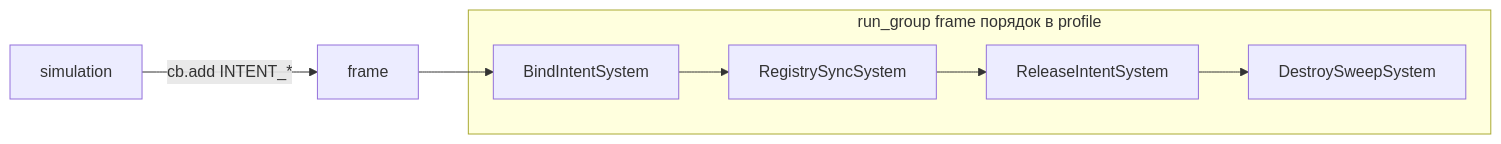
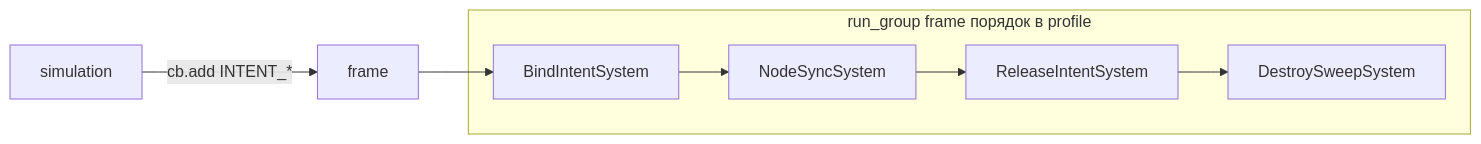
The diagram in addons/pgdecs/ecs/INTENT_PIPELINE.md (Sorrowful-free/sparse_set), drawn with Mermaid before and after one commit. The commit also changed other lines of this file and 49 other files, not shown here.

````diff
--- a/addons/pgdecs/ecs/INTENT_PIPELINE.md
+++ b/addons/pgdecs/ecs/INTENT_PIPELINE.md
@@ -65,11 +97,11 @@
 ```mermaid
 flowchart LR
   Sim[simulation] -->|"cb.add INTENT_*"| Frame[frame]
   subgraph frame [run_group frame порядок в profile]
     Bind[BindIntentSystem]
-    Sync[RegistrySyncSystem]
+    Sync[NodeSyncSystem]
     Release[ReleaseIntentSystem]
     Sweep[DestroySweepSystem]
   end
   Frame --> Bind --> Sync --> Release --> Sweep
 ```
````
